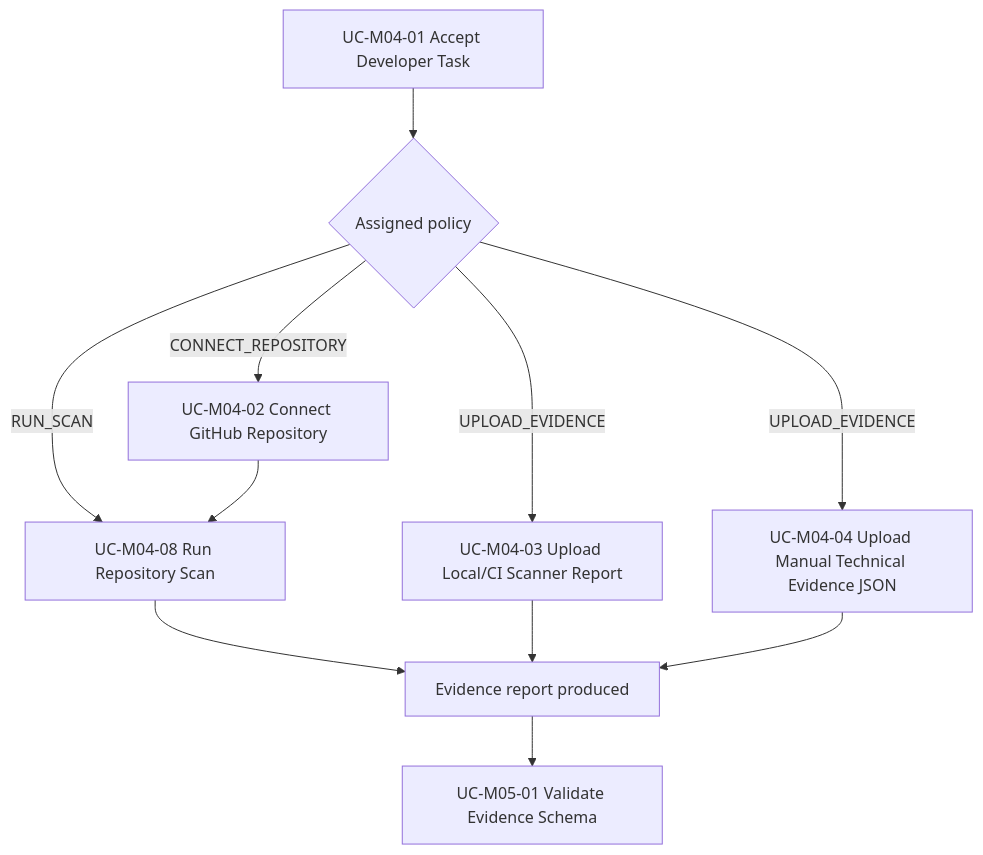
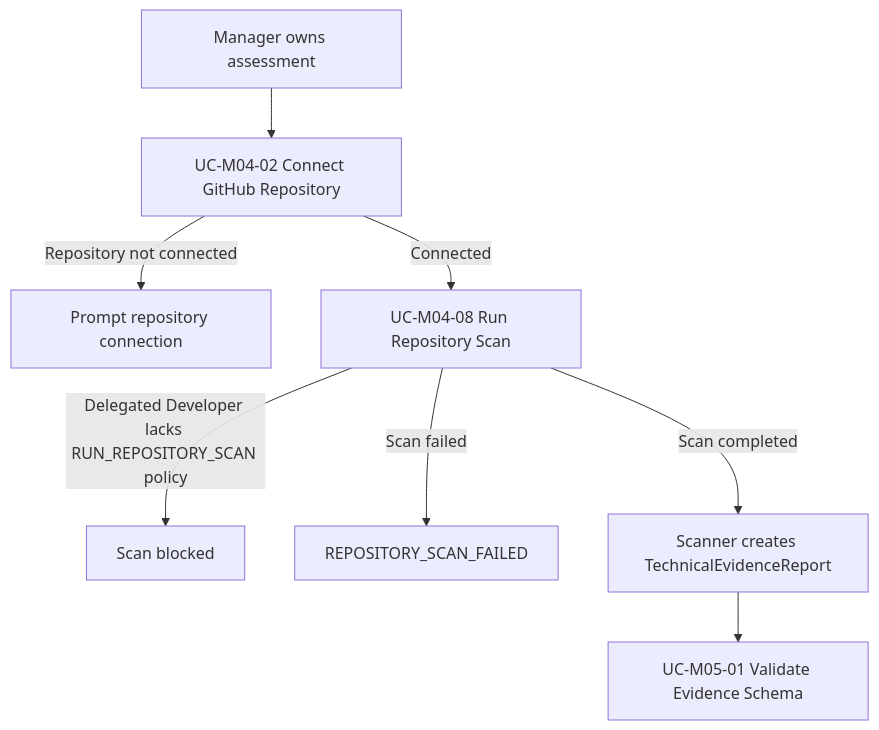
One commit to khovan123/LCSP changed the fifth of 14 diagrams in docs/design/flowcharts.md. Above: the diagram before and after it, drawn with Mermaid. The commit also changed other lines of this file and 122 other files, not shown here.

````diff
--- a/docs/design/flowcharts.md
+++ b/docs/design/flowcharts.md
@@ -86,13 +96,10 @@
 ```mermaid
 flowchart TD
-  A[UC-M04-01 Accept Developer Task] --> B{Assigned policy}
-  B -->|CONNECT_REPOSITORY| C[UC-M04-02 Connect GitHub Repository]
-  B -->|RUN_SCAN| RS[UC-M04-08 Run Repository Scan]
-  B -->|UPLOAD_EVIDENCE| D[UC-M04-03 Upload Local/CI Scanner Report]
-  B -->|UPLOAD_EVIDENCE| E[UC-M04-04 Upload Manual Technical Evidence JSON]
-  C --> RS
-  RS --> F[Evidence report produced]
-  D --> F
-  E --> F
+  A[Manager owns assessment] --> C[UC-M04-02 Connect GitHub Repository]
+  C -->|Repository not connected| CN[Prompt repository connection]
+  C -->|Connected| RS[UC-M04-08 Run Repository Scan]
+  RS -->|Delegated Developer lacks RUN_REPOSITORY_SCAN policy| RP[Scan blocked]
+  RS -->|Scan failed| RF[REPOSITORY_SCAN_FAILED]
+  RS -->|Scan completed| F[Scanner creates TechnicalEvidenceReport]
   F --> G[UC-M05-01 Validate Evidence Schema]
 ```
````
